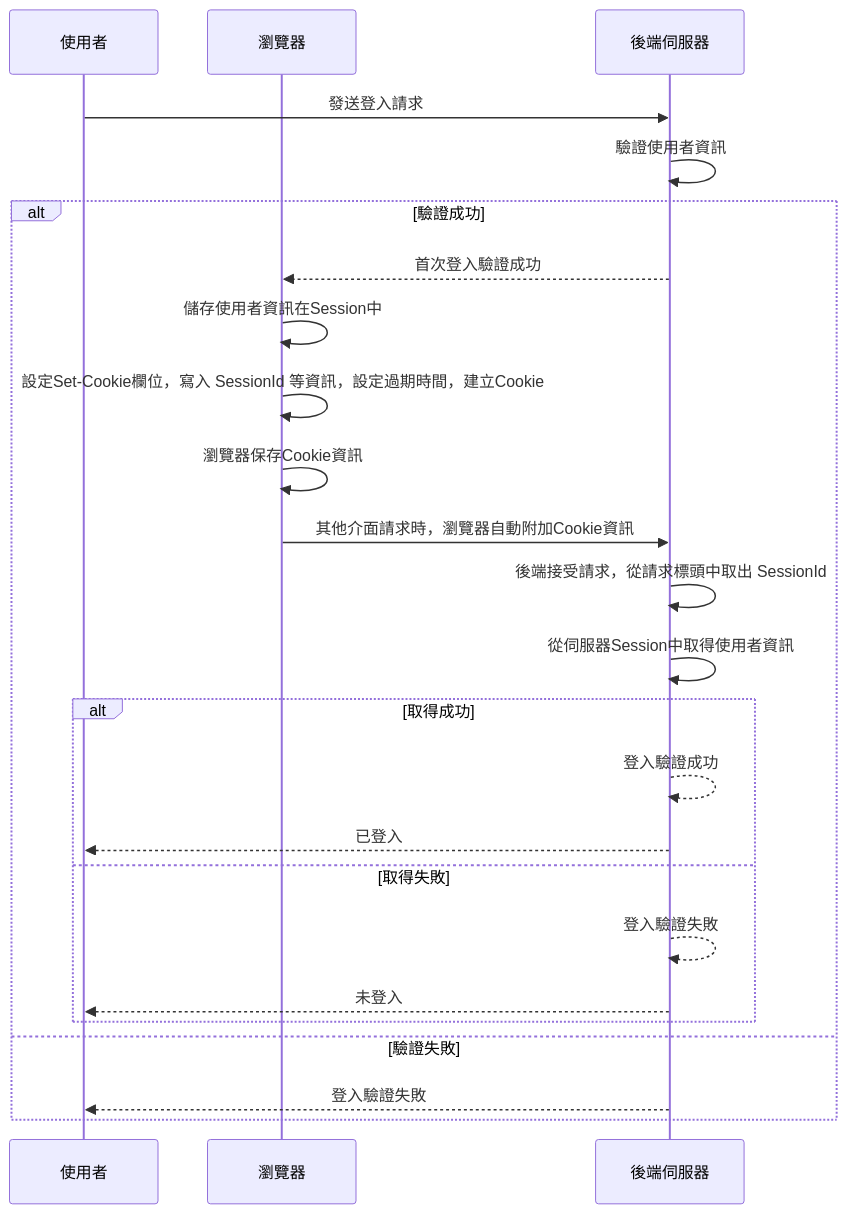
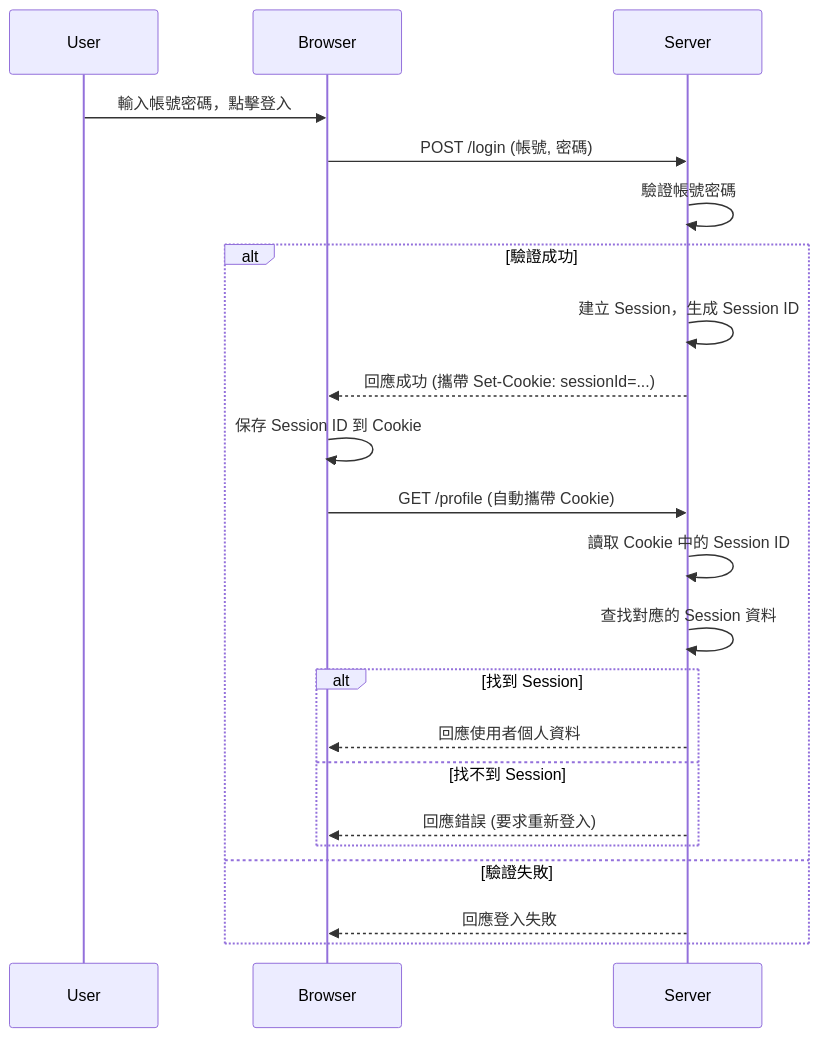
Before and after one commit to LonelyYeezhiChicken/chicken-personal: the first of 4 diagrams in docs/sso/ssoOverView.md, drawn with Mermaid. The commit also changed other lines of this file and 3 other files, not shown here.

````diff
--- a/docs/sso/ssoOverView.md
+++ b/docs/sso/ssoOverView.md
@@ -55,27 +50,25 @@
 ```mermaid
 sequenceDiagram
-    participant 使用者 as 使用者
-    participant 瀏覽器 as 瀏覽器
-    participant 後端 as 後端伺服器
+    participant User
+    participant Browser
+    participant Server
 
-    使用者->>後端: 發送登入請求
-    後端->>後端: 驗證使用者資訊
+    User->>Browser: 輸入帳號密碼，點擊登入
+    Browser->>Server: POST /login (帳號, 密碼)
+    Server->>Server: 驗證帳號密碼
     alt 驗證成功
-        後端-->>瀏覽器: 首次登入驗證成功
-        瀏覽器->>瀏覽器: 儲存使用者資訊在Session中
-        瀏覽器->>瀏覽器: 設定Set-Cookie欄位，寫入 SessionId 等資訊，設定過期時間，建立Cookie
-        瀏覽器->>瀏覽器: 瀏覽器保存Cookie資訊
-        瀏覽器->>後端: 其他介面請求時，瀏覽器自動附加Cookie資訊
-        後端->>後端: 後端接受請求，從請求標頭中取出 SessionId 
-        後端->>後端: 從伺服器Session中取得使用者資訊
-        alt 取得成功
-            後端-->>後端: 登入驗證成功
-            後端-->>使用者: 已登入
-        else 取得失敗
-            後端-->>後端: 登入驗證失敗
-            後端-->>使用者: 未登入
+        Server->>Server: 建立 Session，生成 Session ID
+        Server-->>Browser: 回應成功 (攜帶 Set-Cookie: sessionId=...)
+        Browser->>Browser: 保存 Session ID 到 Cookie
+        Browser->>Server: GET /profile (自動攜帶 Cookie)
+        Server->>Server: 讀取 Cookie 中的 Session ID
+        Server->>Server: 查找對應的 Session 資料
+        alt 找到 Session
+            Server-->>Browser: 回應使用者個人資料
+        else 找不到 Session
+            Server-->>Browser: 回應錯誤 (要求重新登入)
         end
     else 驗證失敗
-        後端-->>使用者: 登入驗證失敗
+        Server-->>Browser: 回應登入失敗
     end
 ```
````
